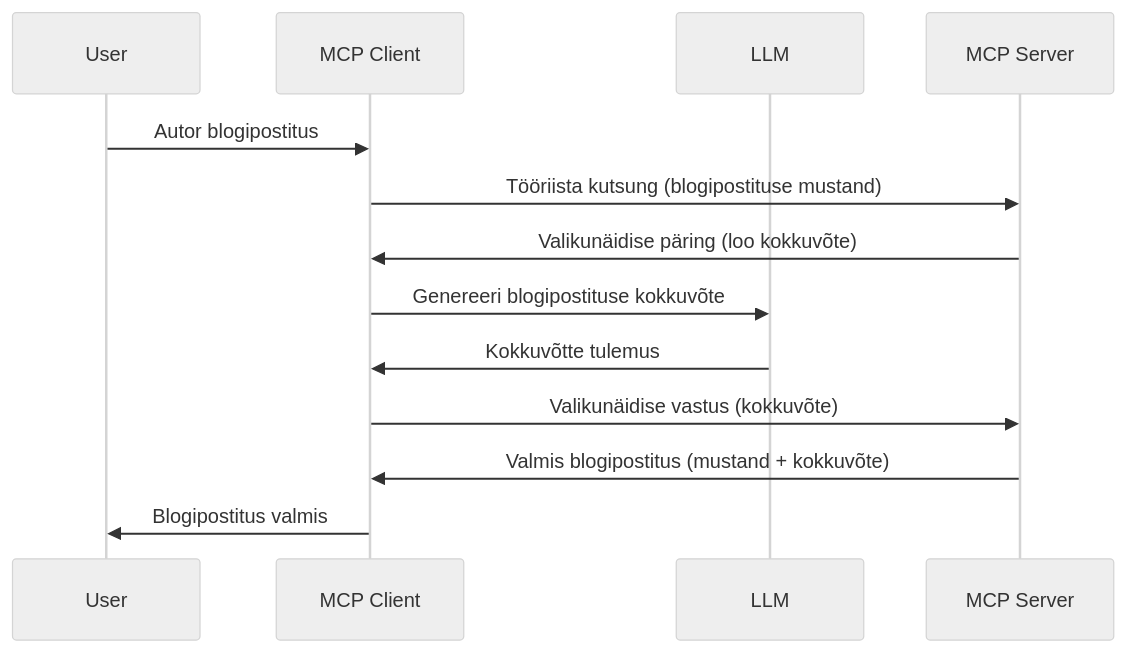
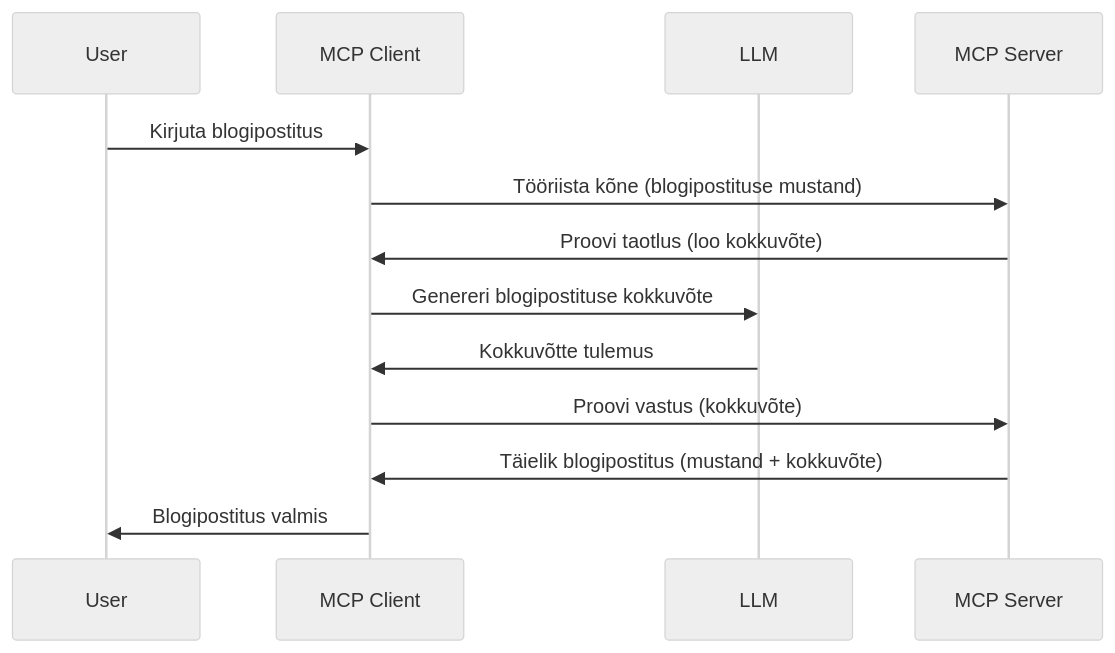
The diagram in mcp_ecosystem__model_context_protocol/mcp_learning_resources/mcp-for-beginners/translations/et/03-GettingStarted/14-sampling/README.md (HIDORAKAI002/ai-workspace-archive), drawn with Mermaid (neutral theme) before and after one commit. The commit also changed other lines of this file and 1539 other files, not shown here.

````diff
--- a/mcp_ecosystem__model_context_protocol/mcp_learning_resources/mcp-for-beginners/translations/et/03-GettingStarted/14-sampling/README.md
+++ b/mcp_ecosystem__model_context_protocol/mcp_learning_resources/mcp-for-beginners/translations/et/03-GettingStarted/14-sampling/README.md
@@ -23,16 +23,16 @@
 ```mermaid
 sequenceDiagram
     participant User
     participant MCP Client
     participant LLM
     participant MCP Server
 
-    User->>MCP Client: Autor blogipostitus
-    MCP Client->>MCP Server: Tööriista kutsung (blogipostituse mustand)
-    MCP Server->>MCP Client: Valikunäidise päring (loo kokkuvõte)
-    MCP Client->>LLM: Genereeri blogipostituse kokkuvõte
+    User->>MCP Client: Kirjuta blogipostitus
+    MCP Client->>MCP Server: Tööriista kõne (blogipostituse mustand)
+    MCP Server->>MCP Client: Proovi taotlus (loo kokkuvõte)
+    MCP Client->>LLM: Genereri blogipostituse kokkuvõte
     LLM->>MCP Client: Kokkuvõtte tulemus
-    MCP Client->>MCP Server: Valikunäidise vastus (kokkuvõte)
-    MCP Server->>MCP Client: Valmis blogipostitus (mustand + kokkuvõte)
+    MCP Client->>MCP Server: Proovi vastus (kokkuvõte)
+    MCP Server->>MCP Client: Täielik blogipostitus (mustand + kokkuvõte)
     MCP Client->>User: Blogipostitus valmis
 ```
````
